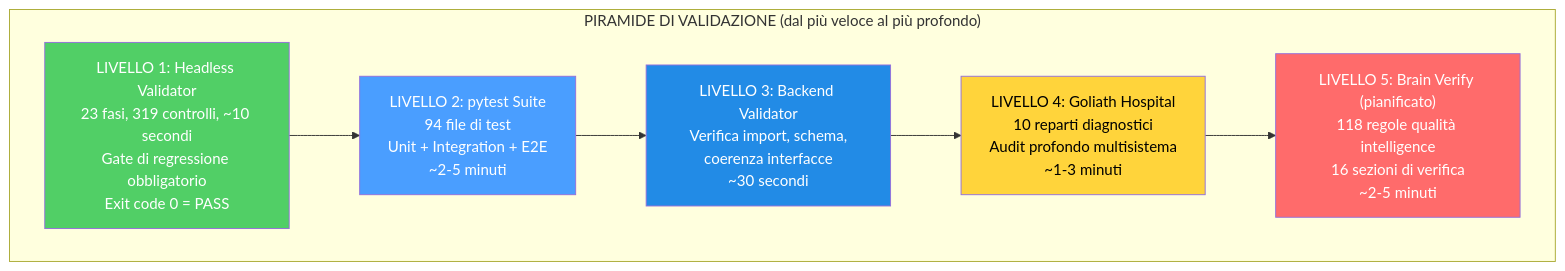
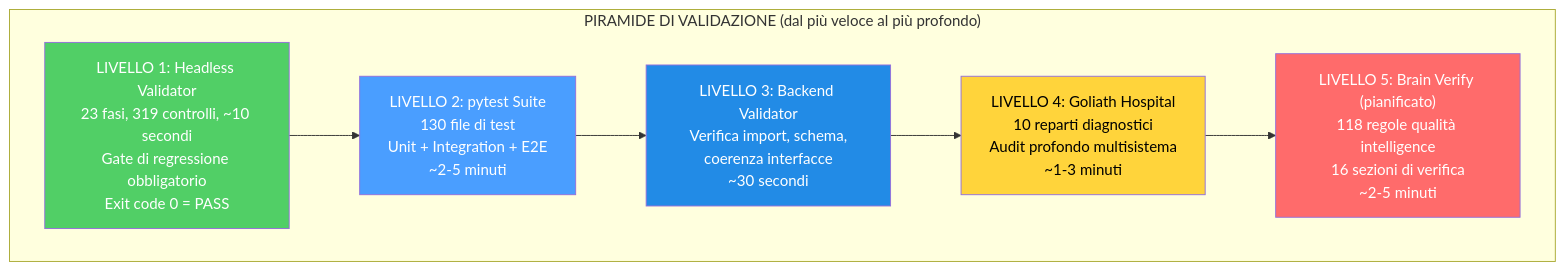
One commit to renanaugustomacena-ux/Counter-Strike-coach-AI changed diagram 38 of 53 in docs/books/Book-Coach-3.md. Above: the diagram before and after it, drawn with Mermaid. The commit also changed other lines of this file and 2 other files, not shown here.

First line of the commit message:
docs: update Book-Coach-3 trilogy — remove Kivy, fix screen/test counts

````diff
--- a/docs/books/Book-Coach-3.md
+++ b/docs/books/Book-Coach-3.md
@@ -2096,16 +2023,16 @@
 ```mermaid
 flowchart TB
     subgraph PYRAMID["PIRAMIDE DI VALIDAZIONE (dal più veloce al più profondo)"]
         L1["LIVELLO 1: Headless Validator<br/>23 fasi, 319 controlli, ~10 secondi<br/>Gate di regressione obbligatorio<br/>Exit code 0 = PASS"]
-        L2["LIVELLO 2: pytest Suite<br/>94 file di test<br/>Unit + Integration + E2E<br/>~2-5 minuti"]
+        L2["LIVELLO 2: pytest Suite<br/>130 file di test<br/>Unit + Integration + E2E<br/>~2-5 minuti"]
         L3["LIVELLO 3: Backend Validator<br/>Verifica import, schema,<br/>coerenza interfacce<br/>~30 secondi"]
         L4["LIVELLO 4: Goliath Hospital<br/>10 reparti diagnostici<br/>Audit profondo multisistema<br/>~1-3 minuti"]
         L5["LIVELLO 5: Brain Verify (pianificato)<br/>118 regole qualità intelligence<br/>16 sezioni di verifica<br/>~2-5 minuti"]
     end
     L1 --> L2 --> L3 --> L4 --> L5
     style L1 fill:#51cf66,color:#fff
     style L2 fill:#4a9eff,color:#fff
     style L3 fill:#228be6,color:#fff
     style L4 fill:#ffd43b,color:#000
     style L5 fill:#ff6b6b,color:#fff
 ```
````
